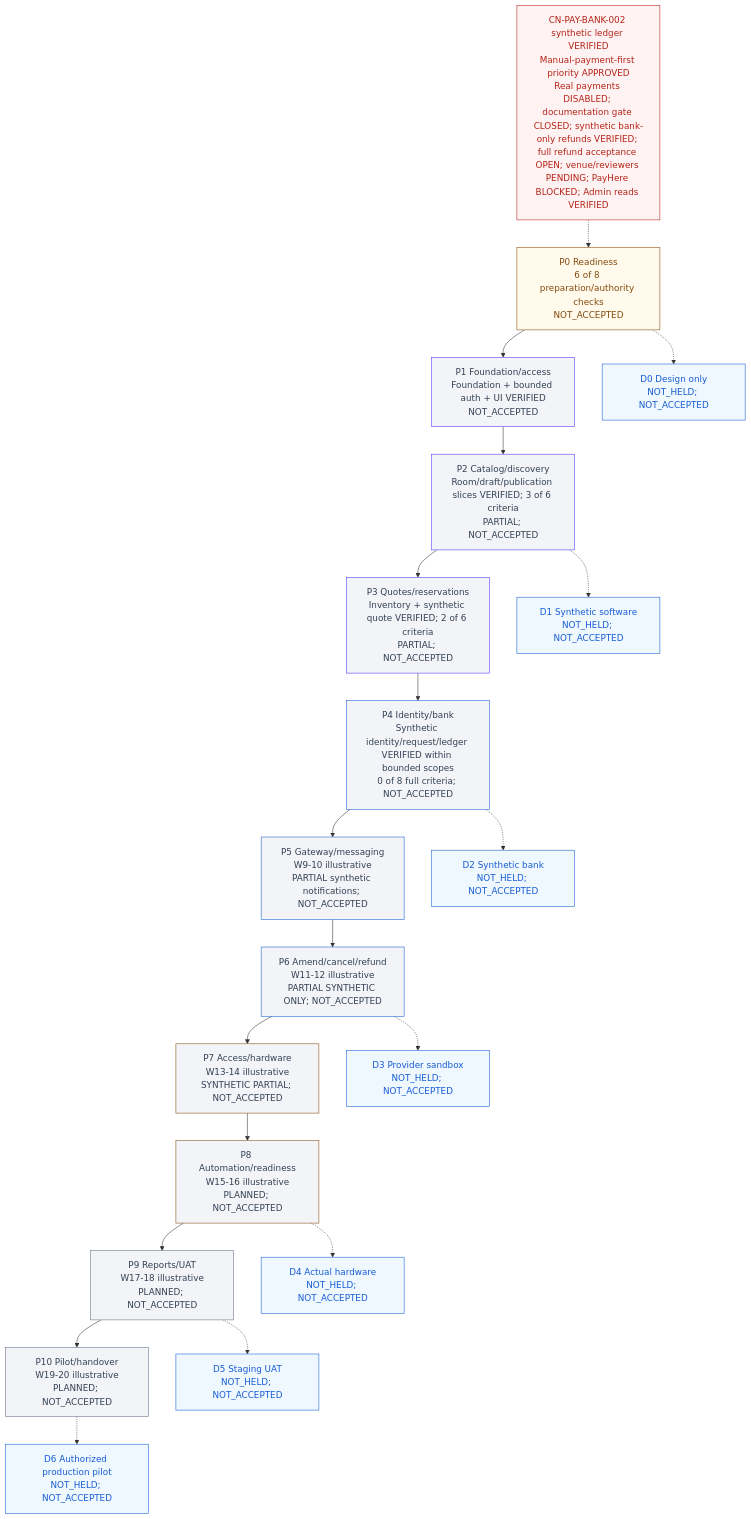
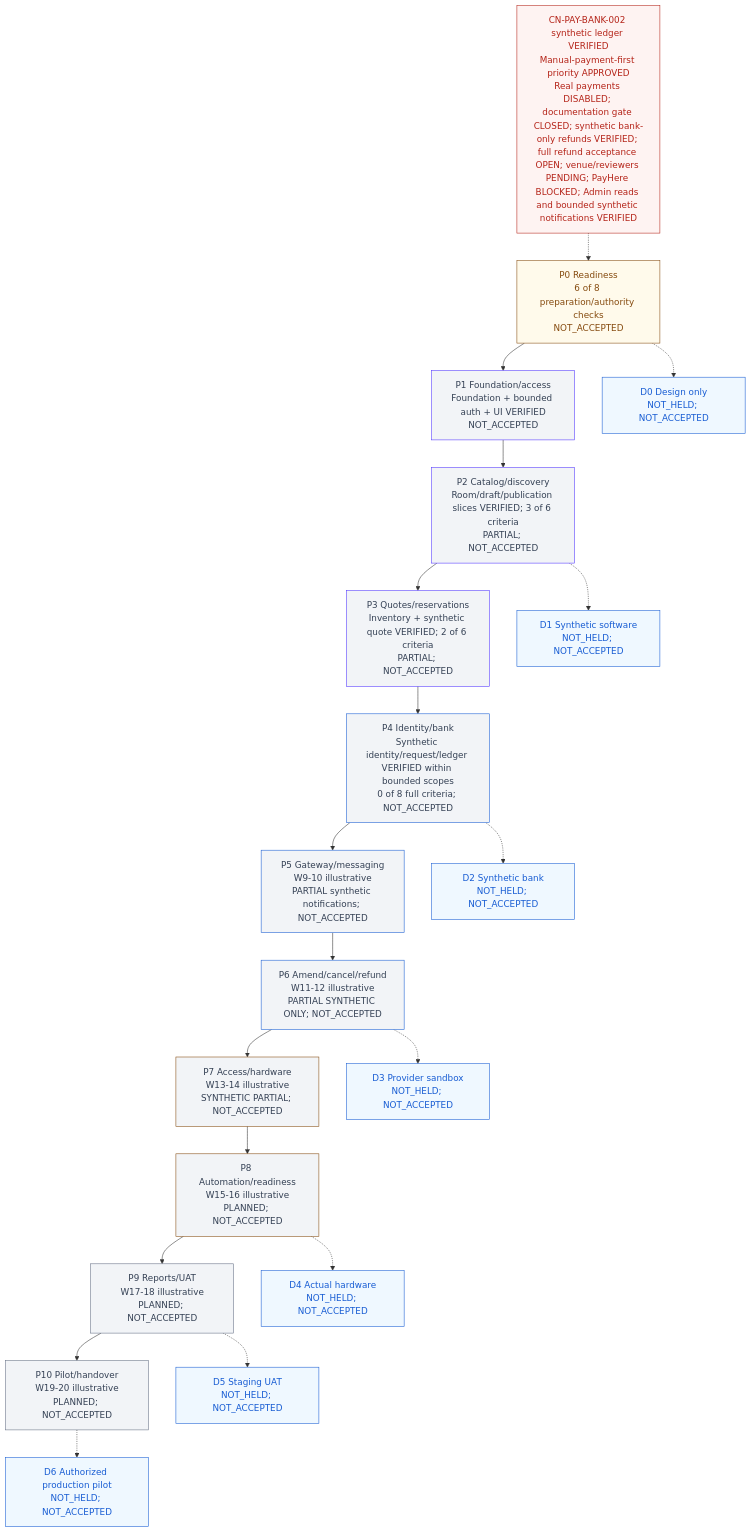
The diagram in knowledge/PROGRESS.md (Hasitha3513/Theater-Project), drawn with Mermaid before and after one commit. The commit also changed other lines of this file and 4 other files, not shown here.

Commit message:
docs(notifications): verify bounded synthetic slice and record CI

````diff
--- a/knowledge/PROGRESS.md
+++ b/knowledge/PROGRESS.md
@@ -313,45 +313,45 @@
 ```mermaid
 flowchart TB
-  G["CN-PAY-BANK-002 synthetic ledger VERIFIED<br/>Manual-payment-first priority APPROVED<br/>Real payments DISABLED; documentation gate CLOSED; synthetic bank-only refunds VERIFIED; full refund acceptance OPEN; venue/reviewers PENDING; PayHere BLOCKED; Admin reads VERIFIED"]
+  G["CN-PAY-BANK-002 synthetic ledger VERIFIED<br/>Manual-payment-first priority APPROVED<br/>Real payments DISABLED; documentation gate CLOSED; synthetic bank-only refunds VERIFIED; full refund acceptance OPEN; venue/reviewers PENDING; PayHere BLOCKED; Admin reads and bounded synthetic notifications VERIFIED"]
   P0["P0 Readiness<br/>6 of 8 preparation/authority checks<br/>NOT_ACCEPTED"]
   P1["P1 Foundation/access<br/>Foundation + bounded auth + UI VERIFIED<br/>NOT_ACCEPTED"]
   P2["P2 Catalog/discovery<br/>Room/draft/publication slices VERIFIED; 3 of 6 criteria<br/>PARTIAL; NOT_ACCEPTED"]
   P3["P3 Quotes/reservations<br/>Inventory + synthetic quote VERIFIED; 2 of 6 criteria<br/>PARTIAL; NOT_ACCEPTED"]
   P4["P4 Identity/bank<br/>Synthetic identity/request/ledger VERIFIED within bounded scopes<br/>0 of 8 full criteria; NOT_ACCEPTED"]
   P5["P5 Gateway/messaging<br/>W9-10 illustrative<br/>PARTIAL synthetic notifications; NOT_ACCEPTED"]
   P6["P6 Amend/cancel/refund<br/>W11-12 illustrative<br/>PARTIAL SYNTHETIC ONLY; NOT_ACCEPTED"]
   P7["P7 Access/hardware<br/>W13-14 illustrative<br/>SYNTHETIC PARTIAL; NOT_ACCEPTED"]
   P8["P8 Automation/readiness<br/>W15-16 illustrative<br/>PLANNED; NOT_ACCEPTED"]
   P9["P9 Reports/UAT<br/>W17-18 illustrative<br/>PLANNED; NOT_ACCEPTED"]
   P10["P10 Pilot/handover<br/>W19-20 illustrative<br/>PLANNED; NOT_ACCEPTED"]
   G -.-> P0
   P0 --> P1 --> P2 --> P3 --> P4 --> P5 --> P6 --> P7 --> P8 --> P9 --> P10
   D0["D0 Design only<br/>NOT_HELD; NOT_ACCEPTED"]
   D1["D1 Synthetic software<br/>NOT_HELD; NOT_ACCEPTED"]
   D2["D2 Synthetic bank<br/>NOT_HELD; NOT_ACCEPTED"]
   D3["D3 Provider sandbox<br/>NOT_HELD; NOT_ACCEPTED"]
   D4["D4 Actual hardware<br/>NOT_HELD; NOT_ACCEPTED"]
   D5["D5 Staging UAT<br/>NOT_HELD; NOT_ACCEPTED"]
   D6["D6 Authorized production pilot<br/>NOT_HELD; NOT_ACCEPTED"]
   P0 -.-> D0
   P2 -.-> D1
   P4 -.-> D2
   P6 -.-> D3
   P8 -.-> D4
   P9 -.-> D5
   P10 -.-> D6
   classDef readiness fill:#FFFAEB,color:#854A0E,stroke:#854A0E;
   classDef foundation fill:#F2F4F7,color:#344054,stroke:#5135FF;
   classDef financial fill:#F2F4F7,color:#344054,stroke:#175CD3;
   classDef physical fill:#F2F4F7,color:#344054,stroke:#854A0E;
   classDef release fill:#F2F4F7,color:#344054,stroke:#667085;
   classDef blocked fill:#FEF3F2,color:#B42318,stroke:#B42318;
   classDef demo fill:#EFF8FF,color:#175CD3,stroke:#175CD3;
   class P0 readiness;
   class P1,P2,P3 foundation;
   class P4,P5,P6 financial;
   class P7,P8 physical;
   class P9,P10 release;
   class G blocked;
   class D0,D1,D2,D3,D4,D5,D6 demo;
 ```
````
